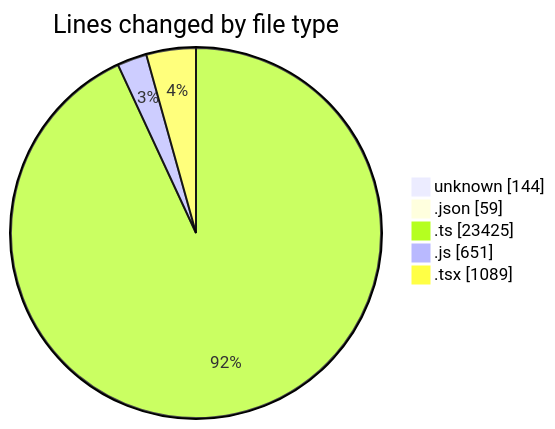
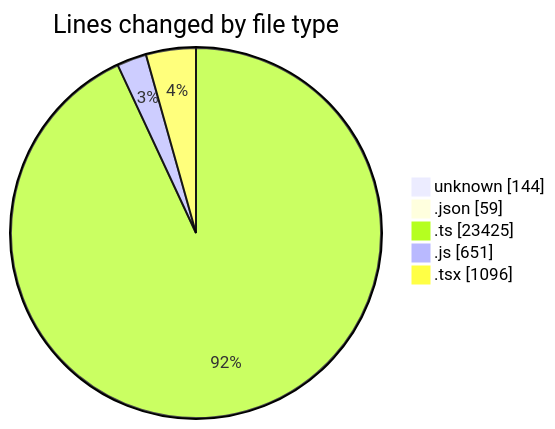
Before and after one commit to momahboobian/code-tracking: the first of 2 diagrams in 2025-11-13/cda/README.md, drawn with Mermaid. The commit also changed other lines of this file and 1 other file, not shown here.

````diff
--- a/2025-11-13/cda/README.md
+++ b/2025-11-13/cda/README.md
@@ -31,9 +31,9 @@
 ```mermaid
 pie showData
 title Lines changed by file type
 "unknown" : 144
 ".json" : 59
 ".ts" : 23425
 ".js" : 651
-".tsx" : 1089
+".tsx" : 1096
 ```
````
